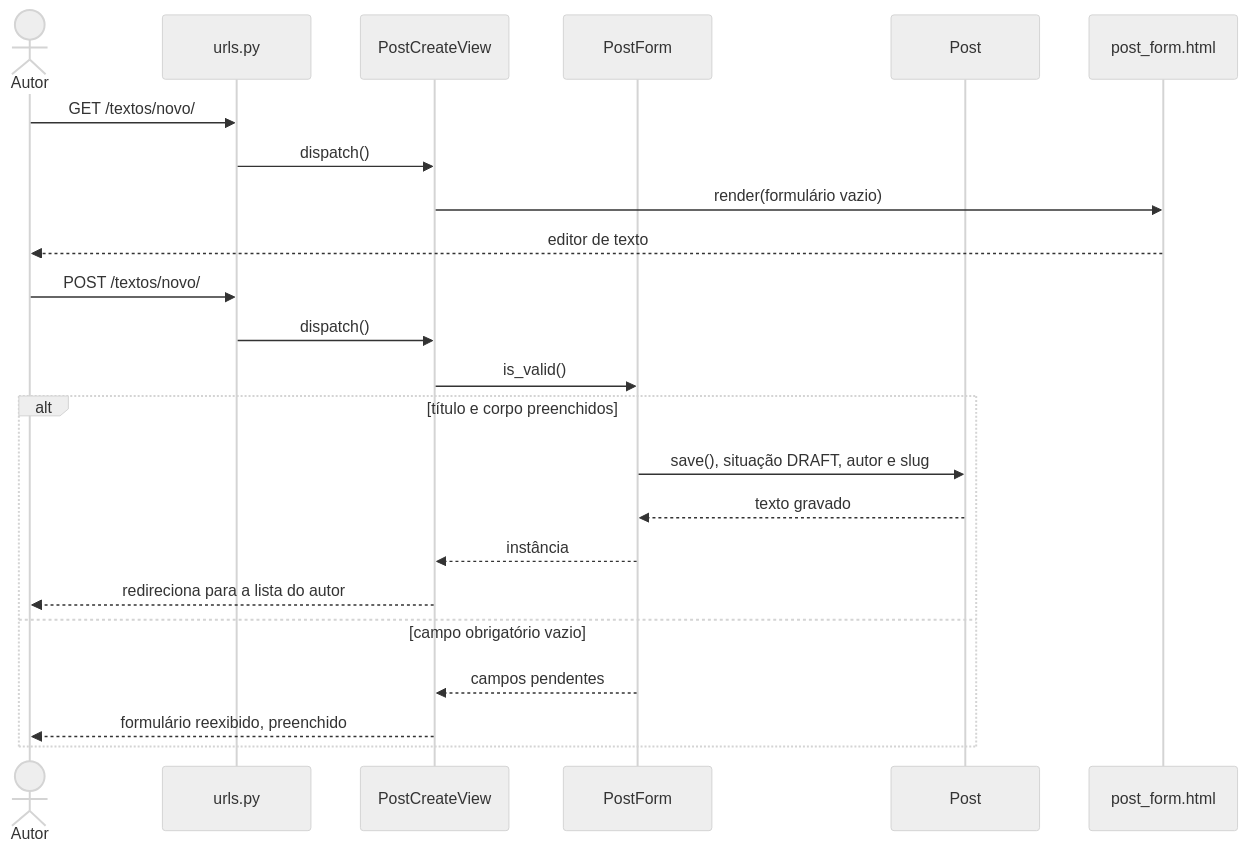
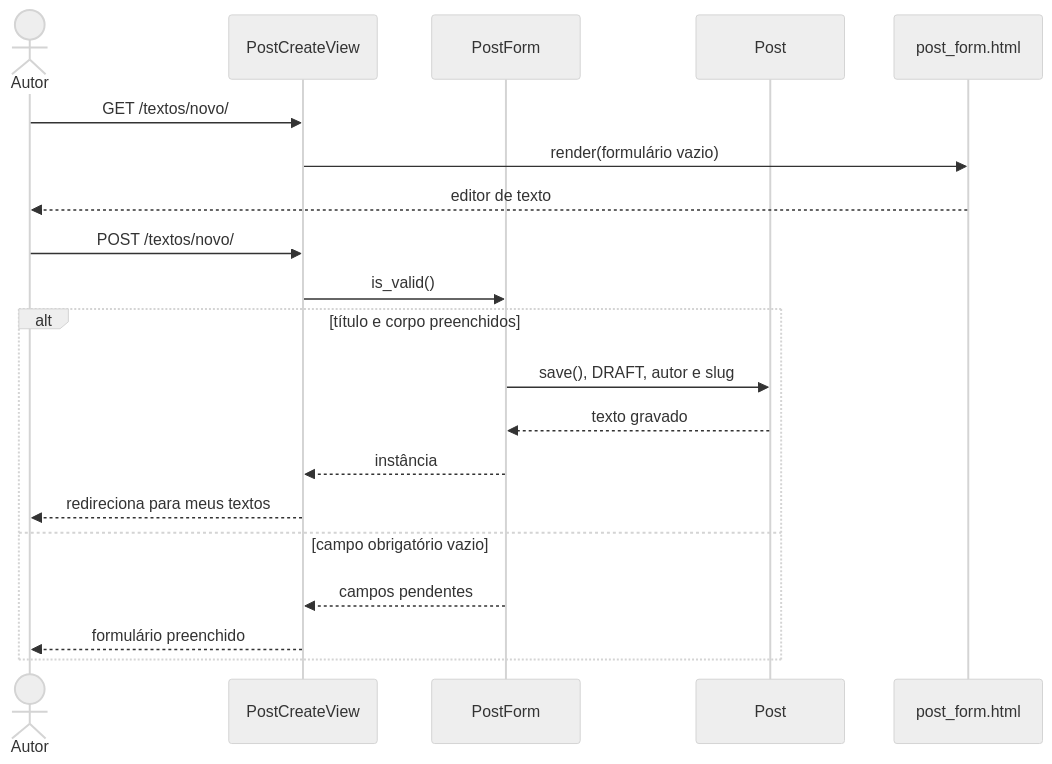
Before and after one commit to ataraxia-ppads/ataraxia-blog: the diagram in docs/sequencia-de-projeto/UC08.md, drawn with Mermaid (neutral theme). The commit also changed 5 other files, not shown here.

First line of the commit message:
docs: cinco raias por diagrama, em vez de seis

````diff
--- a/docs/sequencia-de-projeto/UC08.md
+++ b/docs/sequencia-de-projeto/UC08.md
@@ -3,25 +3,22 @@
 ```mermaid
 sequenceDiagram
     actor A as Autor
-    participant U as urls.py
     participant Vw as PostCreateView
     participant F as PostForm
     participant P as Post
     participant T as post_form.html
-    A->>U: GET /textos/novo/
-    U->>Vw: dispatch()
+    A->>Vw: GET /textos/novo/
     Vw->>T: render(formulário vazio)
     T-->>A: editor de texto
-    A->>U: POST /textos/novo/
-    U->>Vw: dispatch()
+    A->>Vw: POST /textos/novo/
     Vw->>F: is_valid()
     alt título e corpo preenchidos
-        F->>P: save(), situação DRAFT, autor e slug
+        F->>P: save(), DRAFT, autor e slug
         P-->>F: texto gravado
         F-->>Vw: instância
-        Vw-->>A: redireciona para a lista do autor
+        Vw-->>A: redireciona para meus textos
     else campo obrigatório vazio
         F-->>Vw: campos pendentes
-        Vw-->>A: formulário reexibido, preenchido
+        Vw-->>A: formulário preenchido
     end
 ```
````
